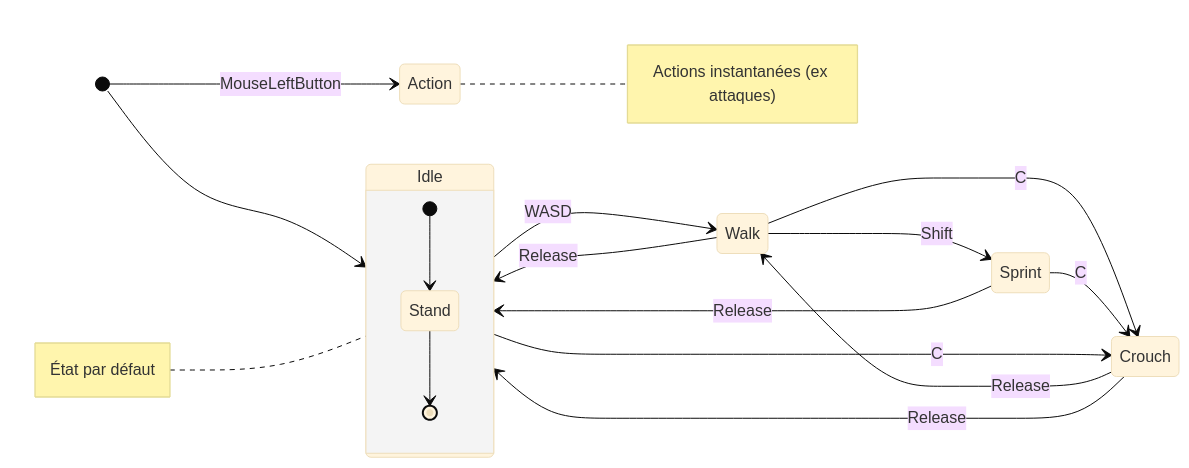
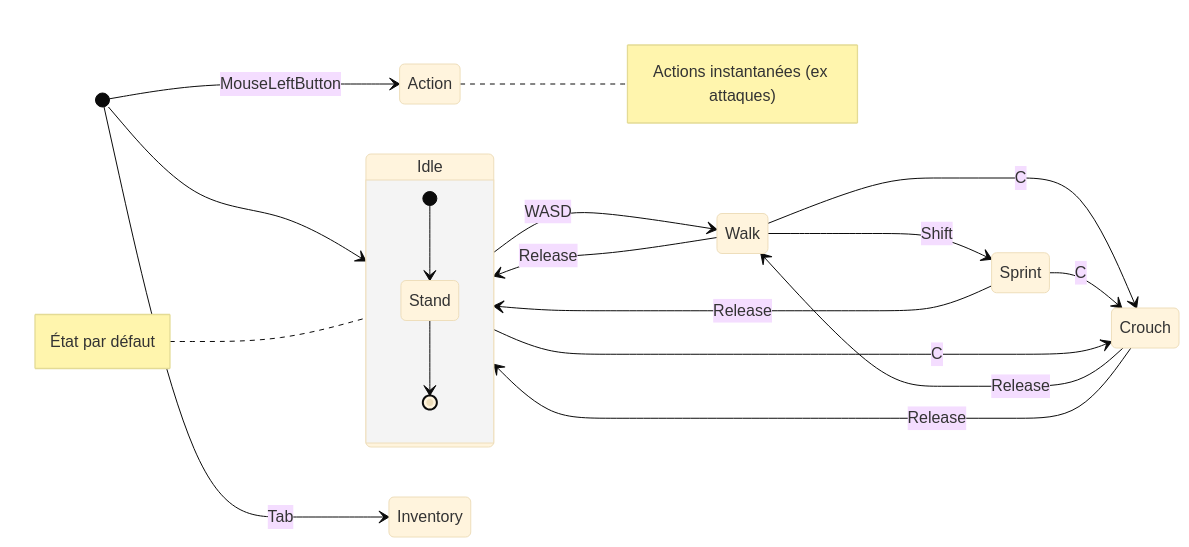
Before and after one commit to lucidgamesstudio-official/Lost-Signal-DEMO: the second of 3 diagrams in README.md, drawn with Mermaid (base theme). The commit also changed other lines of this file, not shown here.

````diff
--- a/README.md
+++ b/README.md
@@ -157,27 +169,28 @@
 ```mermaid
 stateDiagram-v2
     direction LR
 
     [*] --> Idle
     [*] --> Action: MouseLeftButton
+    [*] --> Inventory: Tab
 
     state Idle {
         [*] --> Stand
         Stand --> [*]
     }
 
     Idle --> Walk: WASD
     Walk --> Idle: Release
     Walk --> Sprint: Shift
     Sprint --> Idle: Release
 
     Idle --> Crouch: C
     Walk --> Crouch: C
     Sprint --> Crouch: C
     Crouch --> Idle: Release
     Crouch --> Walk: Release
 
     note left of Idle: État par défaut
     note right of Action: Actions instantanées (ex attaques)
 
 ```
````
